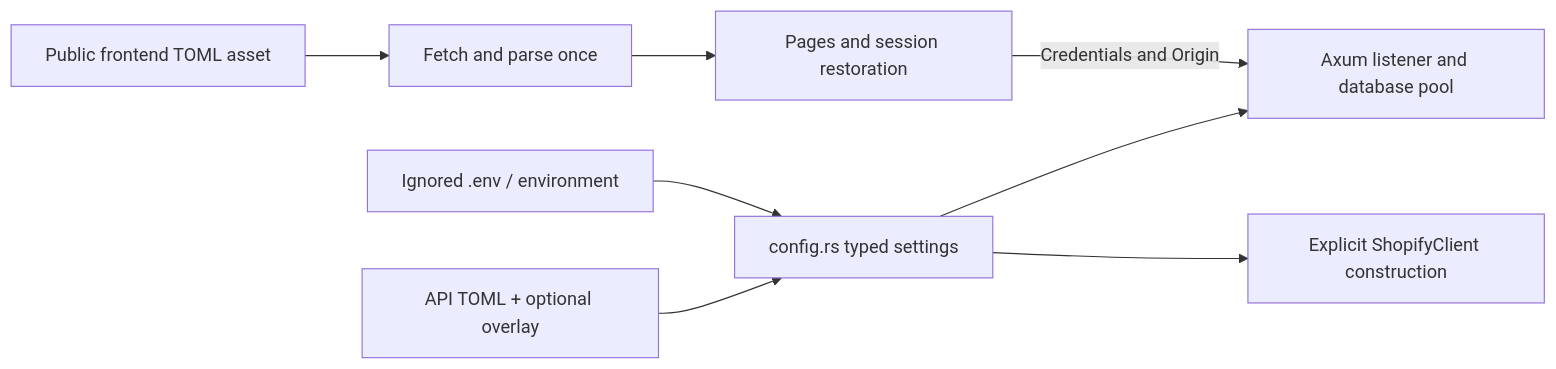
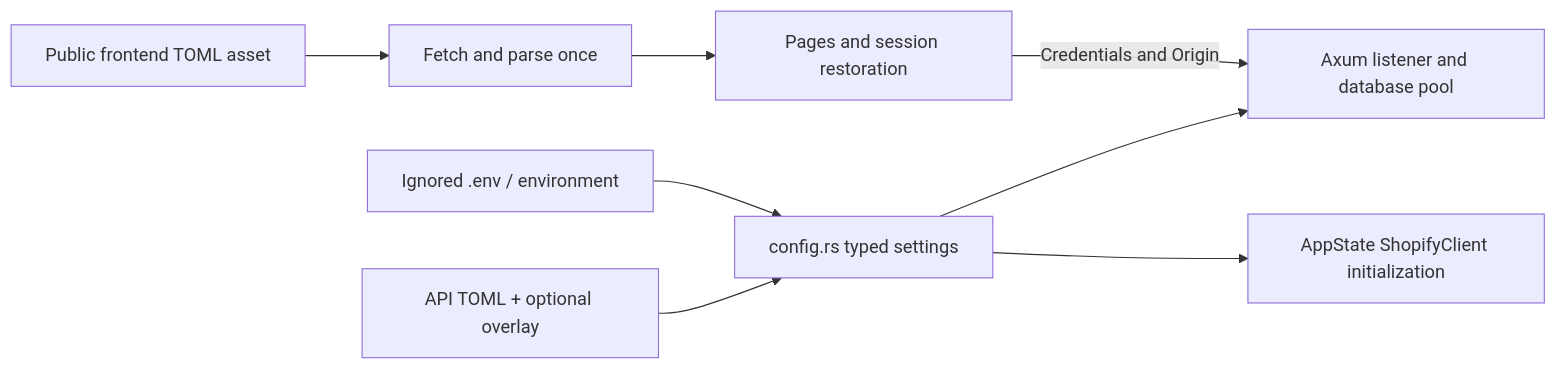
Before and after one commit to enzumeii/monolith: the diagram in docs/development.md, drawn with Mermaid. The commit also changed other lines of this file and 61 other files, not shown here.

Commit message:
refactor(api): expose report pagination and inject Shopify client

````diff
--- a/docs/development.md
+++ b/docs/development.md
@@ -23,10 +23,10 @@
 ```mermaid
 flowchart LR
     TOML["API TOML + optional overlay"] --> SETTINGS["config.rs typed settings"]
     SECRETS["Ignored .env / environment"] --> SETTINGS
     SETTINGS --> API["Axum listener and database pool"]
-    SETTINGS --> CLIENT["Explicit ShopifyClient construction"]
+    SETTINGS --> CLIENT["AppState ShopifyClient initialization"]
     ASSET["Public frontend TOML asset"] --> LOADER["Fetch and parse once"]
     LOADER --> UI["Pages and session restoration"]
     UI -->|"Credentials and Origin"| API
 ```
````
